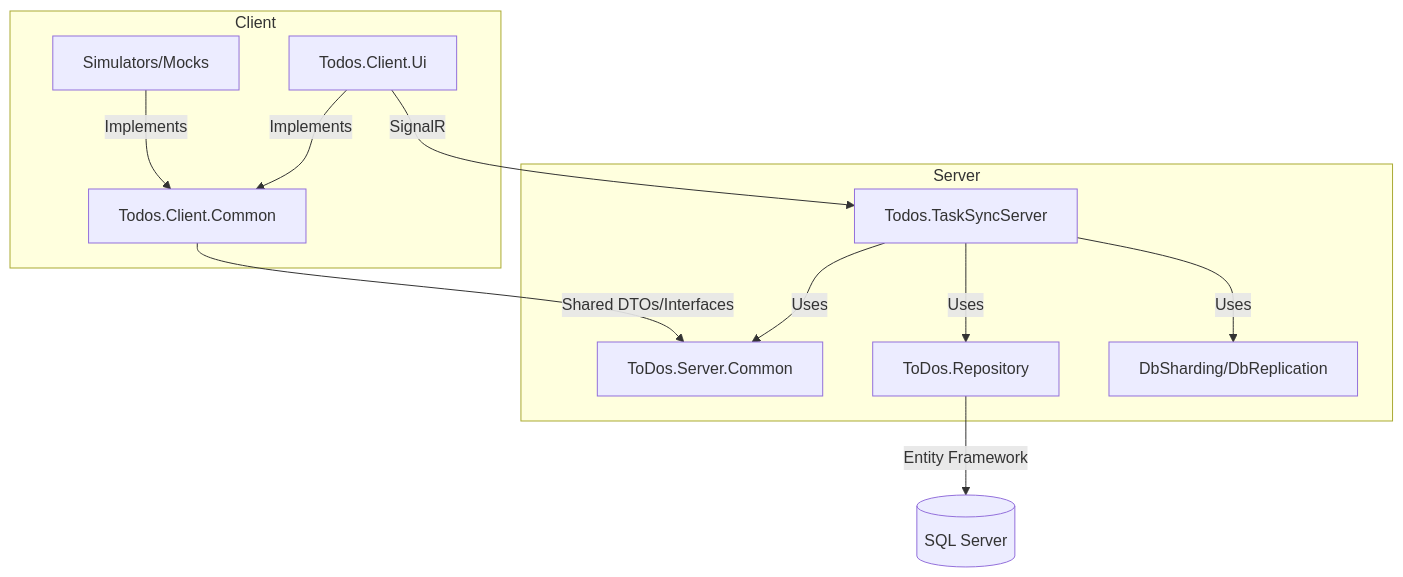
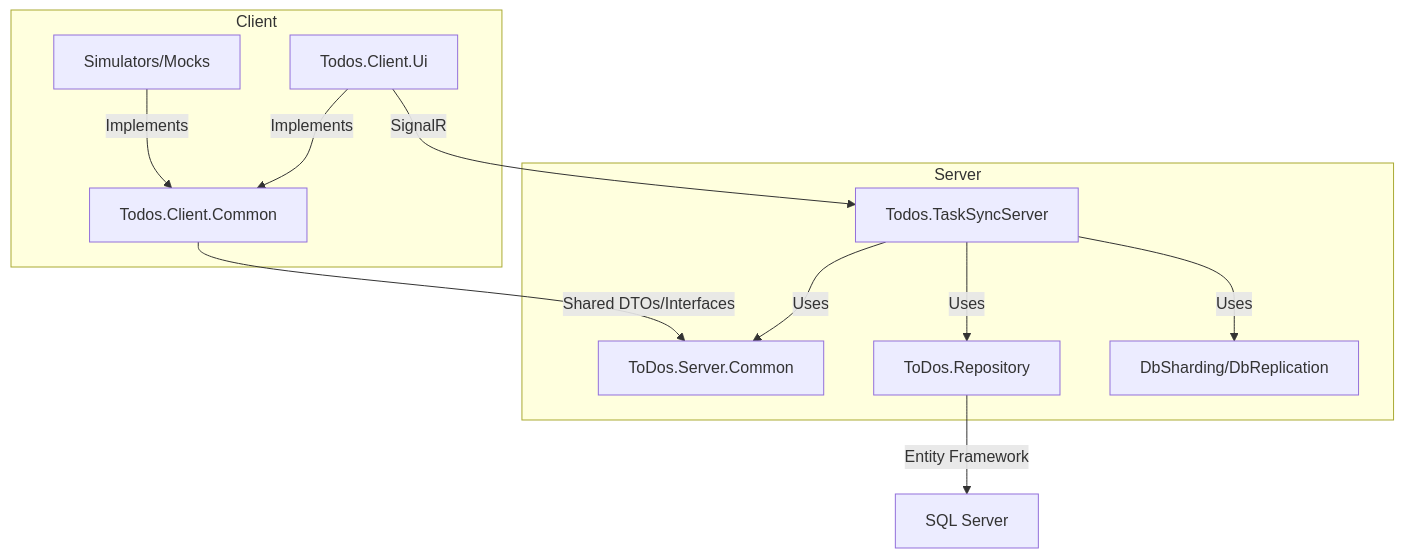
Before and after one commit to shaunday/ToDos: the second of 2 diagrams in README.md, drawn with Mermaid. The commit also changed other lines of this file, not shown here.

Commit message:
readme update

````diff
--- a/README.md
+++ b/README.md
@@ -116,22 +116,22 @@
 ```mermaid
 flowchart TD
     subgraph Client
-      UI[Todos.Client.Ui]
-      CommonC[Todos.Client.Common]
-      Sim[Simulators/Mocks]
+      UI["Todos.Client.Ui"]
+      CommonC["Todos.Client.Common"]
+      Sim["Simulators/Mocks"]
     end
     subgraph Server
-      ServerApp[Todos.TaskSyncServer]
-      CommonS[ToDos.Server.Common]
-      Repo[ToDos.Repository]
-      Shard[DbSharding/DbReplication]
+      ServerApp["Todos.TaskSyncServer"]
+      CommonS["ToDos.Server.Common"]
+      Repo["ToDos.Repository"]
+      Shard["DbSharding/DbReplication"]
     end
     UI -- Implements --> CommonC
     Sim -- Implements --> CommonC
     UI -- SignalR --> ServerApp
     ServerApp -- Uses --> CommonS
     ServerApp -- Uses --> Repo
     ServerApp -- Uses --> Shard
-    CommonC -- Shared DTOs/Interfaces --> CommonS
-    Repo -- Entity Framework --> DB[(SQL Server)]
+    CommonC -- "Shared DTOs/Interfaces" --> CommonS
+    Repo -- "Entity Framework" --> DB["SQL Server"]
 ```
````
